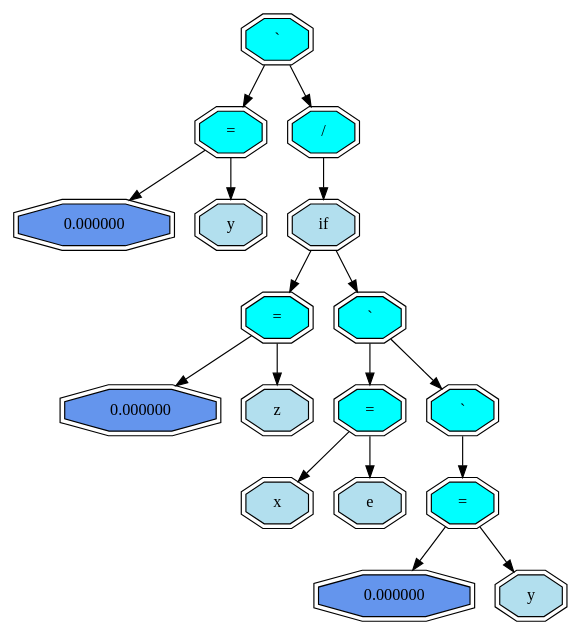
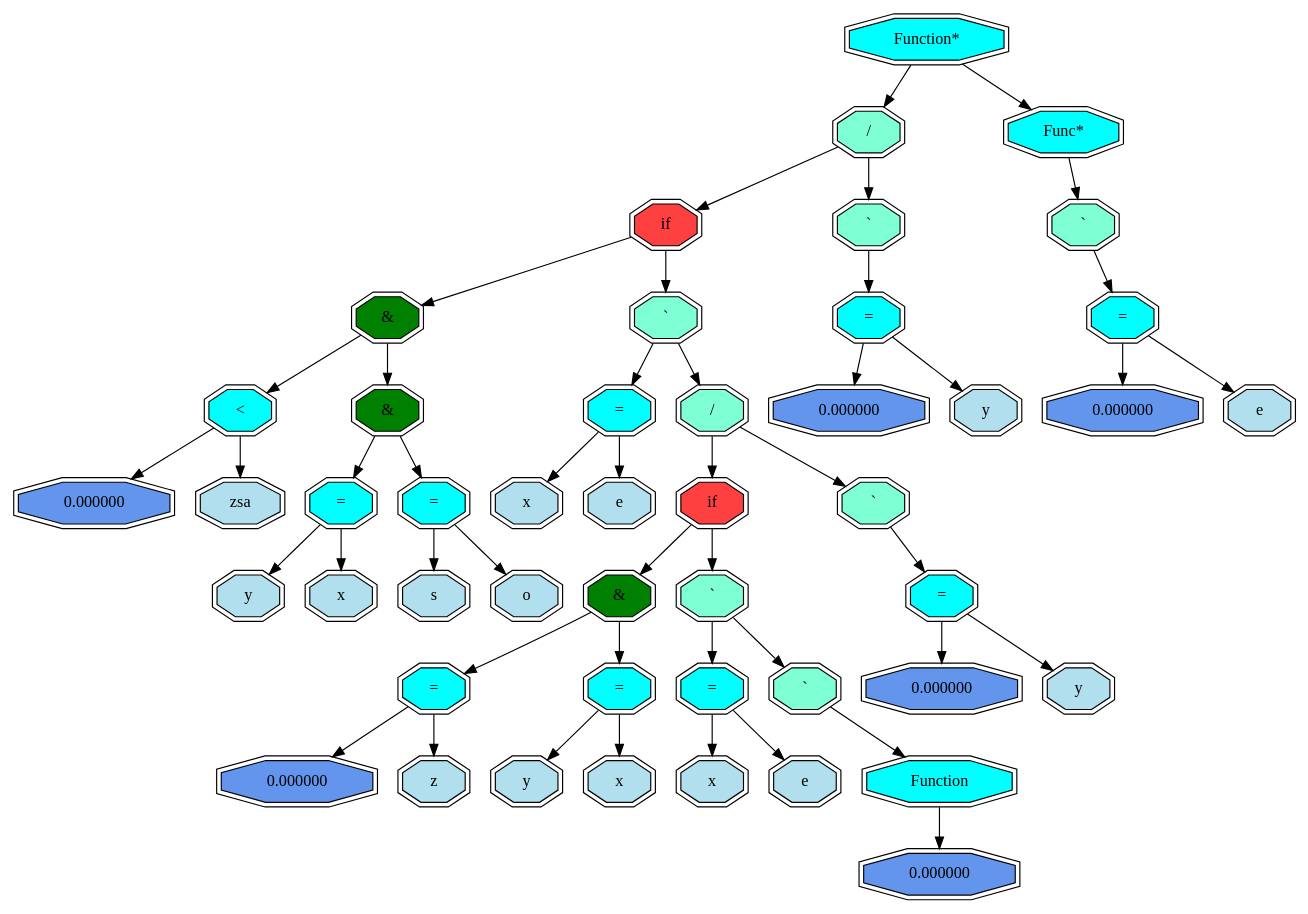
The diagram in front_end.dot (Pave2005/language), drawn with Graphviz before and after one commit. The commit also changed 7 other files, not shown here.

```diff
--- a/front_end.dot
+++ b/front_end.dot
@@ -1,34 +1,92 @@
 digraph G { 
 node [shape = record];
- 12770061720  12770061720 [shape = doubleoctagon, style = filled, fillcolor = aqua  label = " ` "];
-12770061720 -> 12770057340
- 12770061720 -> 12770061660 
- 12770057340 [shape = doubleoctagon, style = filled, fillcolor = aqua  label = " = "];
-12770057340 -> 12770057140
- 12770057340 -> 12770057300 
- 12770057140 [shape = doubleoctagon, style = filled, fillcolor = cornflowerblue  label = " 0.000000 "];
- 12770057300 [shape = doubleoctagon, style = filled, fillcolor = lightblue2  label = " y "];
- 12770061660 [shape = doubleoctagon, style = filled, fillcolor = aqua  label = " / "];
-12770061660 -> 12770061620 12770061620 [shape = doubleoctagon, style = filled, fillcolor = lightblue2  label = " if "];
-12770061620 -> 12770056220
- 12770061620 -> 12770061560 
- 12770056220 [shape = doubleoctagon, style = filled, fillcolor = aqua  label = " = "];
-12770056220 -> 12770056060
- 12770056220 -> 12770056160 
- 12770056060 [shape = doubleoctagon, style = filled, fillcolor = cornflowerblue  label = " 0.000000 "];
- 12770056160 [shape = doubleoctagon, style = filled, fillcolor = lightblue2  label = " z "];
- 12770061560 [shape = doubleoctagon, style = filled, fillcolor = aqua  label = " ` "];
-12770061560 -> 12770056460
- 12770061560 -> 12770061520 
- 12770056460 [shape = doubleoctagon, style = filled, fillcolor = aqua  label = " = "];
-12770056460 -> 12770056320
- 12770056460 -> 12770056420 
- 12770056320 [shape = doubleoctagon, style = filled, fillcolor = lightblue2  label = " x "];
- 12770056420 [shape = doubleoctagon, style = filled, fillcolor = lightblue2  label = " e "];
- 12770061520 [shape = doubleoctagon, style = filled, fillcolor = aqua  label = " ` "];
-12770061520 -> 12770061460 12770061460 [shape = doubleoctagon, style = filled, fillcolor = aqua  label = " = "];
-12770061460 -> 12770056520
- 12770061460 -> 12770061420 
- 12770056520 [shape = doubleoctagon, style = filled, fillcolor = cornflowerblue  label = " 0.000000 "];
- 12770061420 [shape = doubleoctagon, style = filled, fillcolor = lightblue2  label = " y "];
+ 5730064260  5730064260 [shape = doubleoctagon, style = filled, fillcolor = aqua  label = " Function* "];
+5730064260 -> 5730063740
+ 5730064260 -> 5730064220 
+ 5730063740 [shape = doubleoctagon, style = filled, fillcolor = aquamarine  label = " / "];
+5730063740 -> 5730063500
+ 5730063740 -> 5730063700 
+ 5730063500 [shape = doubleoctagon, style = filled, fillcolor = brown1  label = " if "];
+5730063500 -> 5730061720
+ 5730063500 -> 5730063440 
+ 5730061720 [shape = doubleoctagon, style = filled, fillcolor = green  label = " & "];
+5730061720 -> 5730057300
+ 5730061720 -> 5730061660 
+ 5730057300 [shape = doubleoctagon, style = filled, fillcolor = aqua  label = " < "];
+5730057300 -> 5730057140
+ 5730057300 -> 5730057520 
+ 5730057140 [shape = doubleoctagon, style = filled, fillcolor = cornflowerblue  label = " 0.000000 "];
+ 5730057520 [shape = doubleoctagon, style = filled, fillcolor = lightblue2  label = " zsa "];
+ 5730061660 [shape = doubleoctagon, style = filled, fillcolor = green  label = " & "];
+5730061660 -> 5730061400
+ 5730061660 -> 5730061620 
+ 5730061400 [shape = doubleoctagon, style = filled, fillcolor = aqua  label = " = "];
+5730061400 -> 5730056420
+ 5730061400 -> 5730056500 
+ 5730056420 [shape = doubleoctagon, style = filled, fillcolor = lightblue2  label = " y "];
+ 5730056500 [shape = doubleoctagon, style = filled, fillcolor = lightblue2  label = " x "];
+ 5730061620 [shape = doubleoctagon, style = filled, fillcolor = aqua  label = " = "];
+5730061620 -> 5730061460
+ 5730061620 -> 5730061560 
+ 5730061460 [shape = doubleoctagon, style = filled, fillcolor = lightblue2  label = " s "];
+ 5730061560 [shape = doubleoctagon, style = filled, fillcolor = lightblue2  label = " o "];
+ 5730063440 [shape = doubleoctagon, style = filled, fillcolor = aquamarine  label = " ` "];
+5730063440 -> 5730062120
+ 5730063440 -> 5730063400 
+ 5730062120 [shape = doubleoctagon, style = filled, fillcolor = aqua  label = " = "];
+5730062120 -> 5730061760
+ 5730062120 -> 5730062060 
+ 5730061760 [shape = doubleoctagon, style = filled, fillcolor = lightblue2  label = " x "];
+ 5730062060 [shape = doubleoctagon, style = filled, fillcolor = lightblue2  label = " e "];
+ 5730063400 [shape = doubleoctagon, style = filled, fillcolor = aquamarine  label = " / "];
+5730063400 -> 5730063140
+ 5730063400 -> 5730063340 
+ 5730063140 [shape = doubleoctagon, style = filled, fillcolor = brown1  label = " if "];
+5730063140 -> 5730062520
+ 5730063140 -> 5730063100 
+ 5730062520 [shape = doubleoctagon, style = filled, fillcolor = green  label = " & "];
+5730062520 -> 5730062320
+ 5730062520 -> 5730062460 
+ 5730062320 [shape = doubleoctagon, style = filled, fillcolor = aqua  label = " = "];
+5730062320 -> 5730062160
+ 5730062320 -> 5730062260 
+ 5730062160 [shape = doubleoctagon, style = filled, fillcolor = cornflowerblue  label = " 0.000000 "];
+ 5730062260 [shape = doubleoctagon, style = filled, fillcolor = lightblue2  label = " z "];
+ 5730062460 [shape = doubleoctagon, style = filled, fillcolor = aqua  label = " = "];
+5730062460 -> 5730062360
+ 5730062460 -> 5730062420 
+ 5730062360 [shape = doubleoctagon, style = filled, fillcolor = lightblue2  label = " y "];
+ 5730062420 [shape = doubleoctagon, style = filled, fillcolor = lightblue2  label = " x "];
+ 5730063100 [shape = doubleoctagon, style = filled, fillcolor = aquamarine  label = " ` "];
+5730063100 -> 5730062660
+ 5730063100 -> 5730063040 
+ 5730062660 [shape = doubleoctagon, style = filled, fillcolor = aqua  label = " = "];
+5730062660 -> 5730062560
+ 5730062660 -> 5730062620 
+ 5730062560 [shape = doubleoctagon, style = filled, fillcolor = lightblue2  label = " x "];
+ 5730062620 [shape = doubleoctagon, style = filled, fillcolor = lightblue2  label = " e "];
+ 5730063040 [shape = doubleoctagon, style = filled, fillcolor = aquamarine  label = " ` "];
+5730063040 -> 5730063000 5730063000 [shape = doubleoctagon, style = filled, fillcolor = aqua  label = " Function "];
+
+ 5730063000 -> 5730062740 
+ 5730062740 [shape = doubleoctagon, style = filled, fillcolor = cornflowerblue  label = " 0.000000 "];
+ 5730063340 [shape = doubleoctagon, style = filled, fillcolor = aquamarine  label = " ` "];
+5730063340 -> 5730063300 5730063300 [shape = doubleoctagon, style = filled, fillcolor = aqua  label = " = "];
+5730063300 -> 5730063200
+ 5730063300 -> 5730063240 
+ 5730063200 [shape = doubleoctagon, style = filled, fillcolor = cornflowerblue  label = " 0.000000 "];
+ 5730063240 [shape = doubleoctagon, style = filled, fillcolor = lightblue2  label = " y "];
+ 5730063700 [shape = doubleoctagon, style = filled, fillcolor = aquamarine  label = " ` "];
+5730063700 -> 5730063640 5730063640 [shape = doubleoctagon, style = filled, fillcolor = aqua  label = " = "];
+5730063640 -> 5730063540
+ 5730063640 -> 5730063600 
+ 5730063540 [shape = doubleoctagon, style = filled, fillcolor = cornflowerblue  label = " 0.000000 "];
+ 5730063600 [shape = doubleoctagon, style = filled, fillcolor = lightblue2  label = " y "];
+ 5730064220 [shape = doubleoctagon, style = filled, fillcolor = aqua  label = " Func* "];
+5730064220 -> 5730064140 5730064140 [shape = doubleoctagon, style = filled, fillcolor = aquamarine  label = " ` "];
+5730064140 -> 5730064100 5730064100 [shape = doubleoctagon, style = filled, fillcolor = aqua  label = " = "];
+5730064100 -> 5730064000
+ 5730064100 -> 5730064040 
+ 5730064000 [shape = doubleoctagon, style = filled, fillcolor = cornflowerblue  label = " 0.000000 "];
+ 5730064040 [shape = doubleoctagon, style = filled, fillcolor = lightblue2  label = " e "];
 }
```
